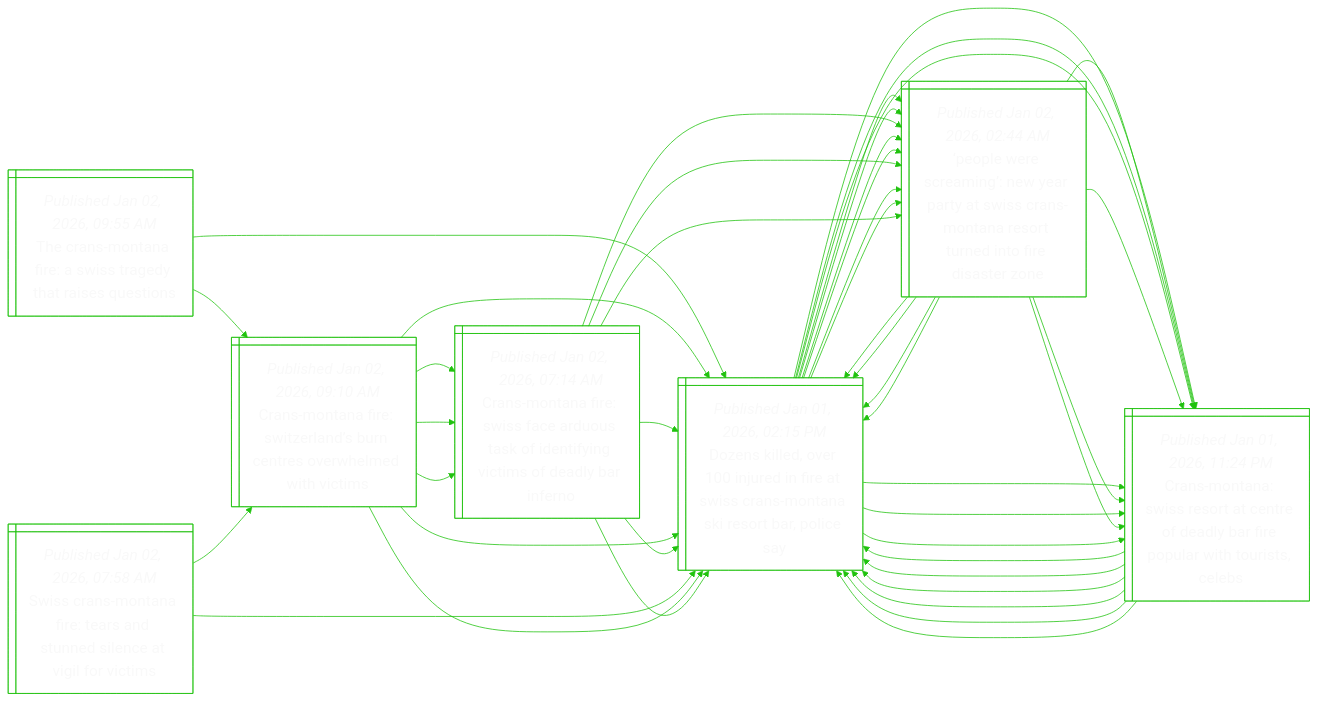
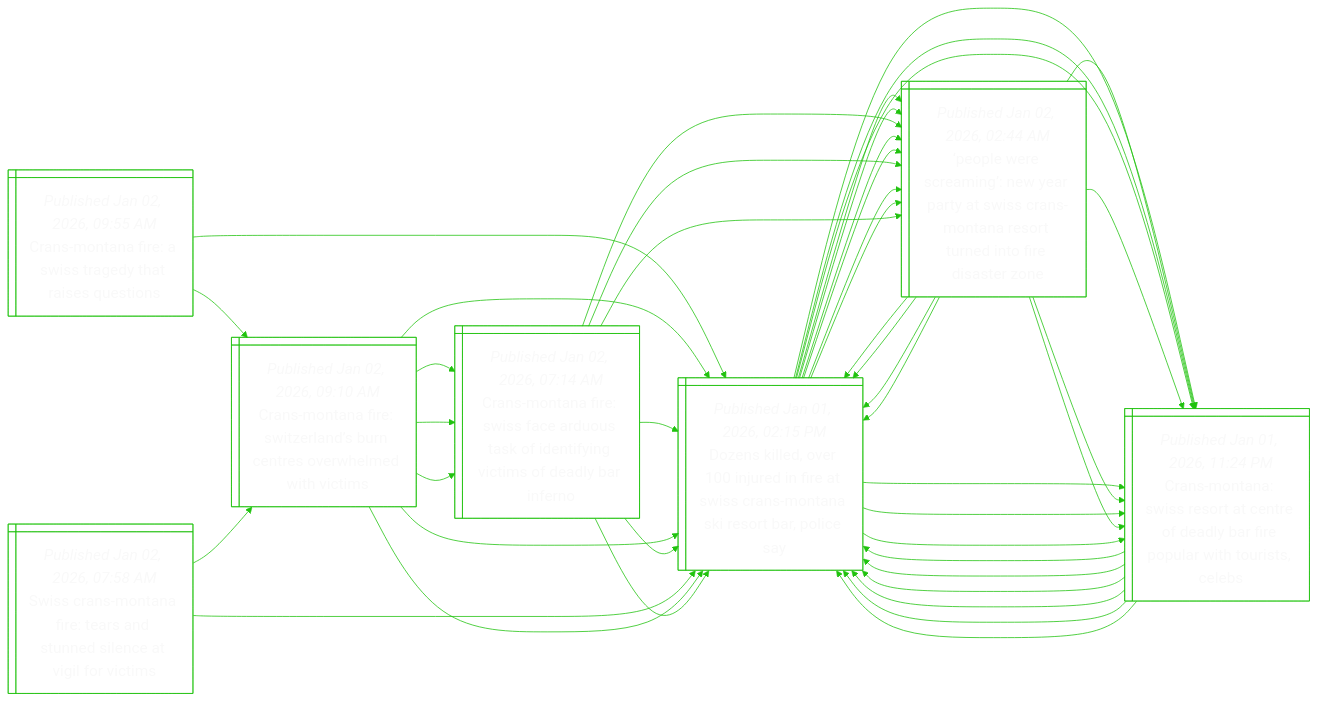
The diagram in README.md (notJmes/notJmes), drawn with Mermaid before and after one commit. The commit also changed other lines of this file, not shown here.

```diff
--- a/README.md
+++ b/README.md
@@ -16,8 +16,8 @@
 flowchart LR
 classDef txtsize font-size:20px;
 
-TanfStdtess@{ shape: win-pane, label: "_Published Jan 02, 2026, 09:55 AM_
-The crans-montana fire: a swiss tragedy that raises questions" }
+CMnesghiuo@{ shape: win-pane, label: "_Published Jan 02, 2026, 09:55 AM_
+Crans-montana fire: a swiss tragedy that raises questions" }
 Dserrftssairpe@{ shape: win-pane, label: "_Published Jan 01, 2026, 02:15 PM_
 Dozens killed, over 100 injured in fire at swiss crans-montana ski resort bar, police say" }
 CMnsoceaaeltrcs@{ shape: win-pane, label: "_Published Jan 01, 2026, 11:24 PM_
@@ -47,14 +47,14 @@
 Pesmeryianrteodtn@{ shape: win-pane, label: "_Published Jan 02, 2026, 02:44 AM_
 ‘people were screaming’: new year party at swiss crans-montana resort turned into fire disaster zone" }
 
-TanfStdtess:::txtsize --> Dserrftssairpe:::txtsize
+CMnesghiuo:::txtsize --> Dserrftssairpe:::txtsize
 Dserrftssairpe:::txtsize --> CMnsoceaaeltrcs:::txtsize
 CMnsoceaaeltrcs:::txtsize --> Dserrftssairpe:::txtsize
 CMnsoceaaeltrcs:::txtsize --> Dserrftssairpe:::txtsize
 Dserrftssairpe:::txtsize --> Pesmeryianrteodtn:::txtsize
 Pesmeryianrteodtn:::txtsize --> Dserrftssairpe:::txtsize
 Pesmeryianrteodtn:::txtsize --> CMnsoceaaeltrcs:::txtsize
-TanfStdtess:::txtsize --> CMneznrtvewis:::txtsize
+CMnesghiuo:::txtsize --> CMneznrtvewis:::txtsize
 CMneznrtvewis:::txtsize --> Dserrftssairpe:::txtsize
 Dserrftssairpe:::txtsize --> CMnsoceaaeltrcs:::txtsize
 Dserrftssairpe:::txtsize --> Pesmeryianrteodtn:::txtsize
```
